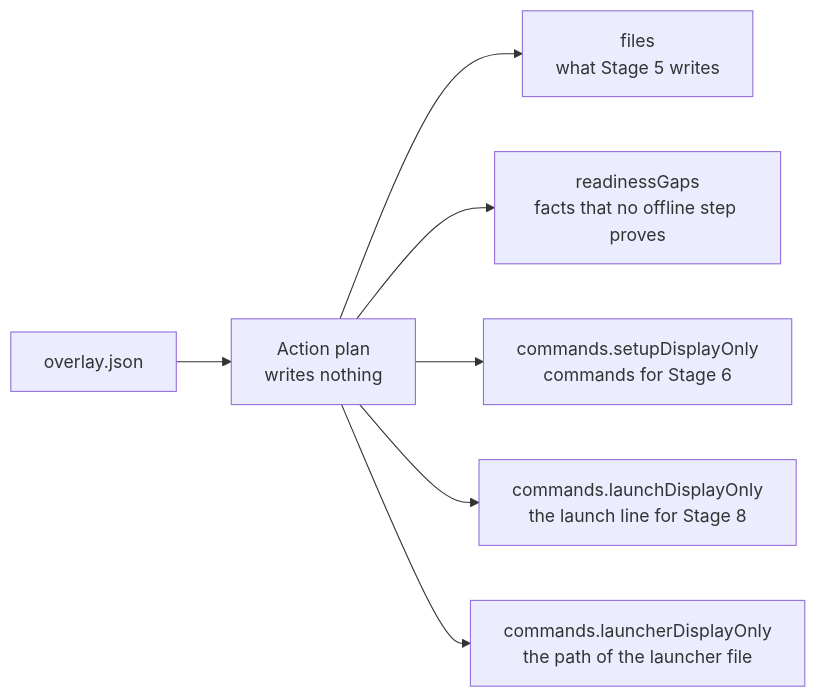
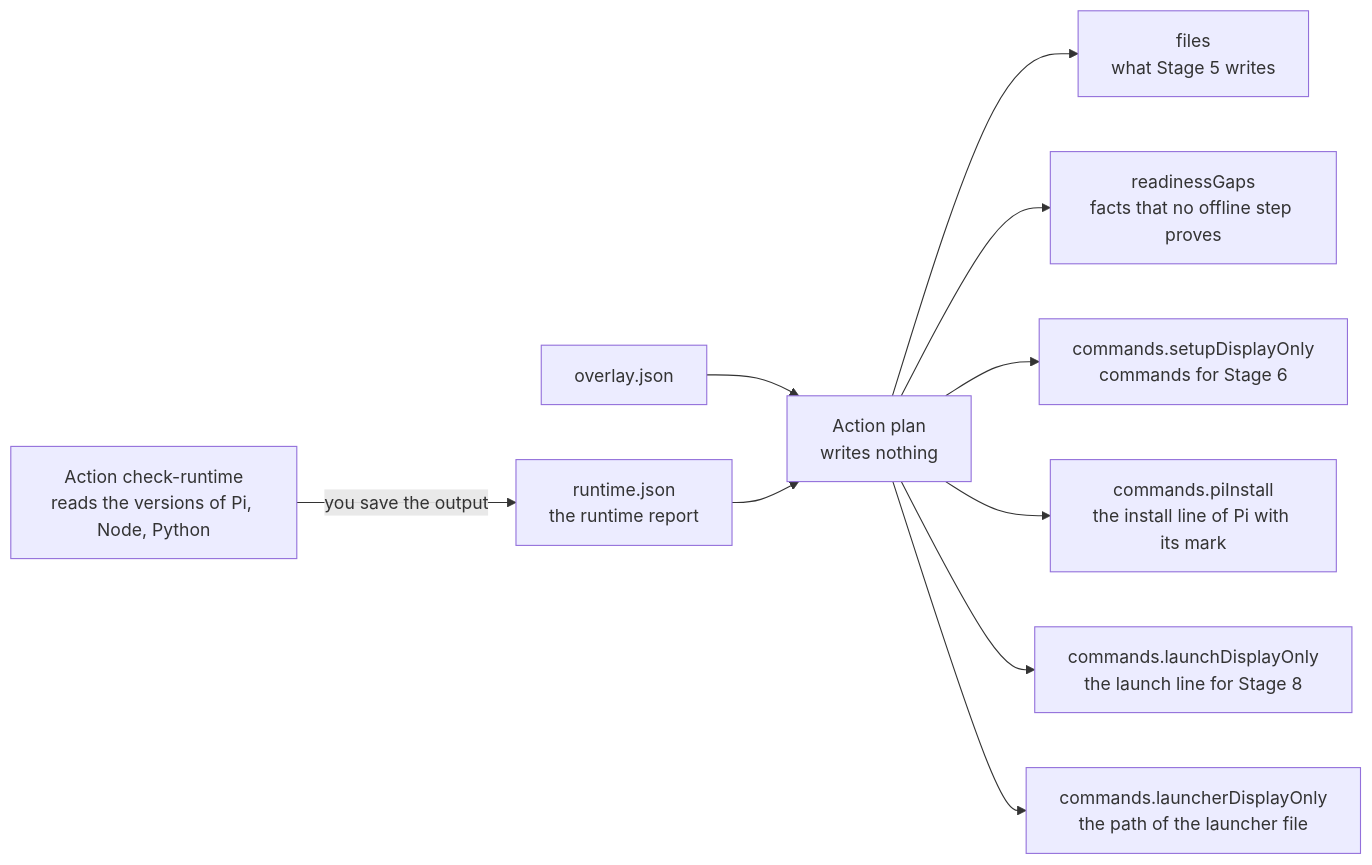
One commit to ryg40/tenant-docs changed the diagram in src/content/docs/tenant-pi/install/stage-4-plan.mdx. Above: the diagram before and after it, drawn with Mermaid. The commit also changed other lines of this file and 195 other files, not shown here.

````diff
--- a/src/content/docs/tenant-pi/install/stage-4-plan.mdx
+++ b/src/content/docs/tenant-pi/install/stage-4-plan.mdx
@@ -20,9 +20,12 @@
 ```mermaid
 flowchart LR
+    runtime["Action check-runtime<br/>reads the versions of Pi, Node, Python"] -->|"you save the output"| report["runtime.json<br/>the runtime report"]
     overlay["overlay.json"] --> plan["Action plan<br/>writes nothing"]
+    report --> plan
     plan --> files["files<br/>what Stage 5 writes"]
     plan --> gaps["readinessGaps<br/>facts that no offline step proves"]
     plan --> setup["commands.setupDisplayOnly<br/>commands for Stage 6"]
+    plan --> install["commands.piInstall<br/>the install line of Pi with its mark"]
     plan --> launch["commands.launchDisplayOnly<br/>the launch line for Stage 8"]
     plan --> launcher["commands.launcherDisplayOnly<br/>the path of the launcher file"]
 ```
````
